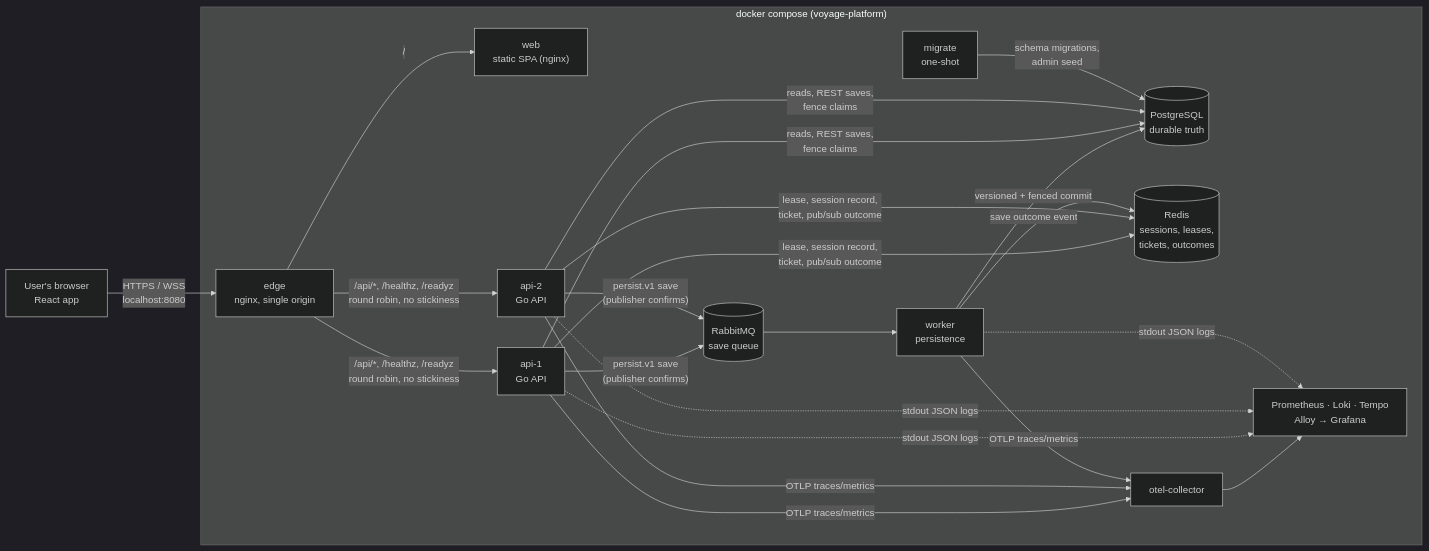
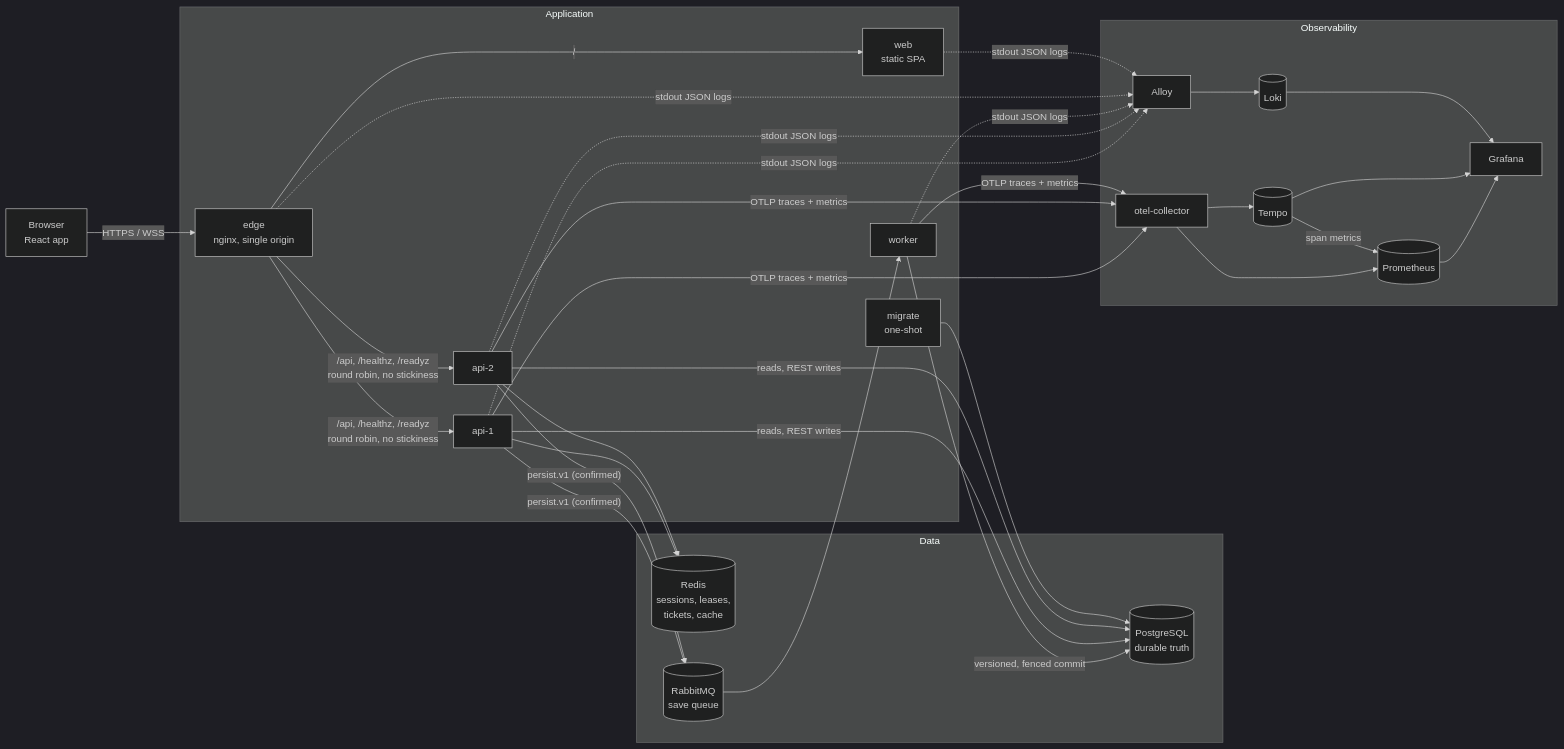
One commit to Animesh-na/NM-Deploy changed the first of 10 diagrams in ARCHITECTURE.md. Above: the diagram before and after it, drawn with Mermaid (dark theme). The commit also changed other lines of this file and 15 other files, not shown here.

First line of the commit message:
feat(observability): separate backend/frontend logs, user activity and request journey dashboards

````diff
--- a/ARCHITECTURE.md
+++ b/ARCHITECTURE.md
@@ -29,30 +38,39 @@
 ```mermaid
 flowchart LR
-  U["User's browser<br/>React app"] -- "HTTPS / WSS<br/>localhost:8080" --> E
+  U["Browser<br/>React app"] -- "HTTPS / WSS" --> E
 
-  subgraph stack["docker compose (voyage-platform)"]
+  subgraph app["Application"]
     E["edge<br/>nginx, single origin"]
-    WEB["web<br/>static SPA (nginx)"]
-    A1["api-1<br/>Go API"]
-    A2["api-2<br/>Go API"]
-    WK["worker<br/>persistence"]
+    WEB["web<br/>static SPA"]
+    A1["api-1"]
+    A2["api-2"]
+    WK["worker"]
     MG["migrate<br/>one-shot"]
+  end
+  subgraph data["Data"]
     PG[("PostgreSQL<br/>durable truth")]
-    RD[("Redis<br/>sessions, leases,<br/>tickets, outcomes")]
+    RD[("Redis<br/>sessions, leases,<br/>tickets, cache")]
     MQ[("RabbitMQ<br/>save queue")]
+  end
+  subgraph obs["Observability"]
     OT["otel-collector"]
-    OBS["Prometheus · Loki · Tempo<br/>Alloy → Grafana"]
+    PR[("Prometheus")]
+    TP[("Tempo")]
+    LK[("Loki")]
+    AL["Alloy"]
+    GF["Grafana"]
   end
 
   E -- "/" --> WEB
-  E -- "/api/*, /healthz, /readyz<br/>round robin, no stickiness" --> A1 & A2
-  A1 & A2 -- "lease, session record,<br/>ticket, pub/sub outcome" --> RD
-  A1 & A2 -- "persist.v1 save<br/>(publisher confirms)" --> MQ
-  MQ --> WK
-  WK -- "versioned + fenced commit" --> PG
-  WK -- "save outcome event" --> RD
-  A1 & A2 -- "reads, REST saves,<br/>fence claims" --> PG
-  MG -- "schema migrations,<br/>admin seed" --> PG
-  A1 & A2 & WK -- "OTLP traces/metrics" --> OT --> OBS
-  A1 & A2 & WK -. "stdout JSON logs" .-> OBS
+  E -- "/api, /healthz, /readyz<br/>round robin, no stickiness" --> A1 & A2
+  A1 & A2 --> RD
+  A1 & A2 -- "persist.v1 (confirmed)" --> MQ --> WK
+  WK -- "versioned, fenced commit" --> PG
+  A1 & A2 -- "reads, REST writes" --> PG
+  MG --> PG
+  A1 & A2 & WK -- "OTLP traces + metrics" --> OT
+  OT --> TP & PR
+  TP -- "span metrics" --> PR
+  A1 & A2 & WK & E & WEB -. "stdout JSON logs" .-> AL --> LK
+  PR & TP & LK --> GF
 ```
````
